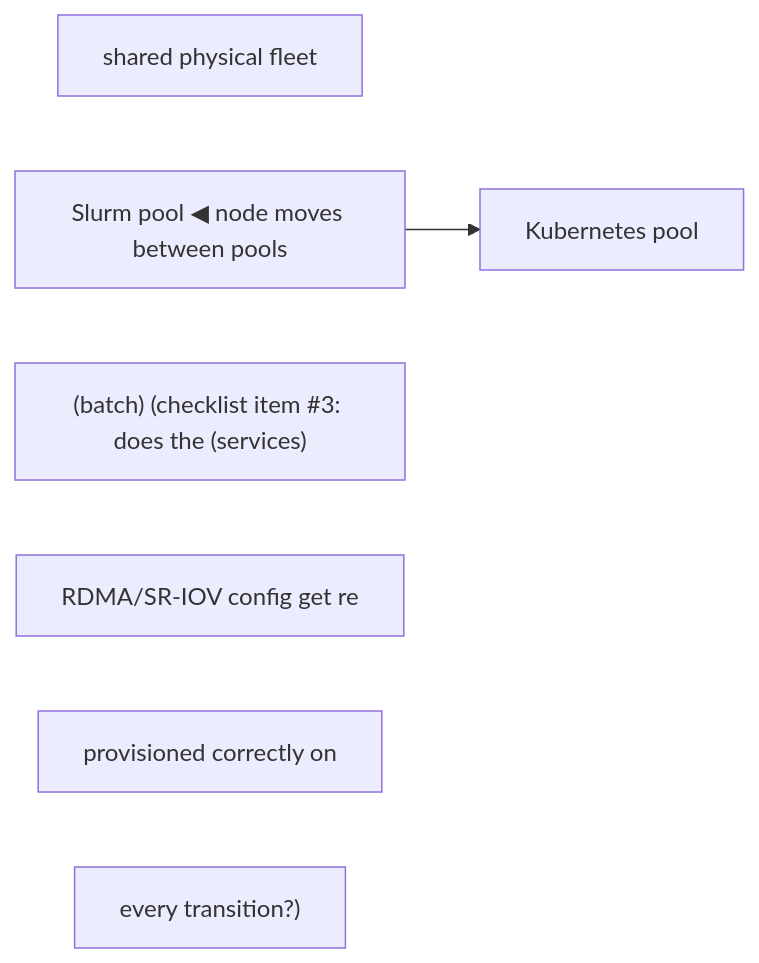
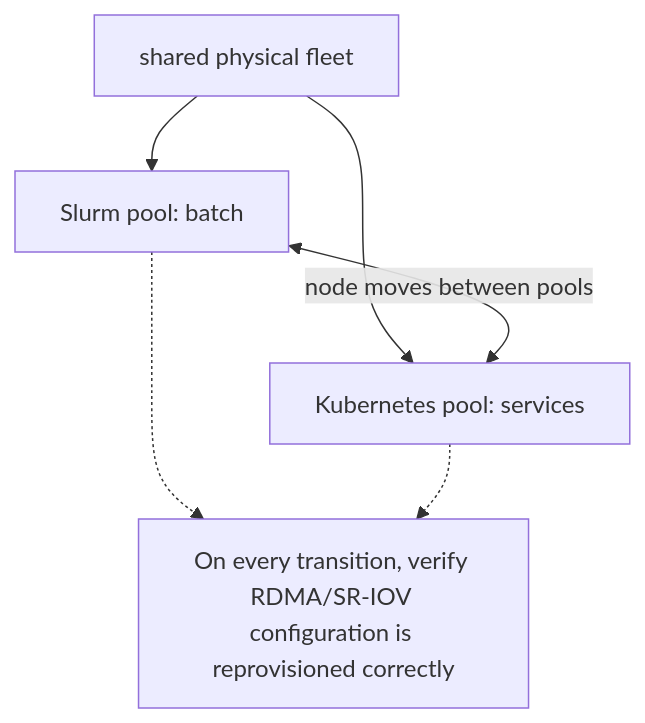
The diagram in docs/volume-06/14-senior-deep-dive-6-kubernetes-slurm-and-hybrid-scheduling.md (jithinpnjm/nvidia-devops), drawn with Mermaid before and after one commit. The commit also changed other lines of this file and 99 other files, not shown here.

````diff
--- a/docs/volume-06/14-senior-deep-dive-6-kubernetes-slurm-and-hybrid-scheduling.md
+++ b/docs/volume-06/14-senior-deep-dive-6-kubernetes-slurm-and-hybrid-scheduling.md
@@ -29,12 +27,8 @@
 ```mermaid
-flowchart LR
-  %% Converted from the original ASCII diagram; source wording is preserved.
-  n0["shared physical fleet"]
-  n1["Slurm pool ◀ node moves between pools"]
-  n2["Kubernetes pool"]
-  n3["(batch) (checklist item #3: does the (services)"]
-  n4["RDMA/SR-IOV config get re"]
-  n5["provisioned correctly on"]
-  n6["every transition?)"]
-  n1 --> n2
+flowchart TD
+  Fleet["shared physical fleet"] --> Slurm["Slurm pool: batch"]
+  Fleet --> K8s["Kubernetes pool: services"]
+  Slurm <-->|"node moves between pools"| K8s
+  Slurm -.-> Check["On every transition, verify RDMA/SR-IOV configuration is reprovisioned correctly"]
+  K8s -.-> Check
 ```
````
